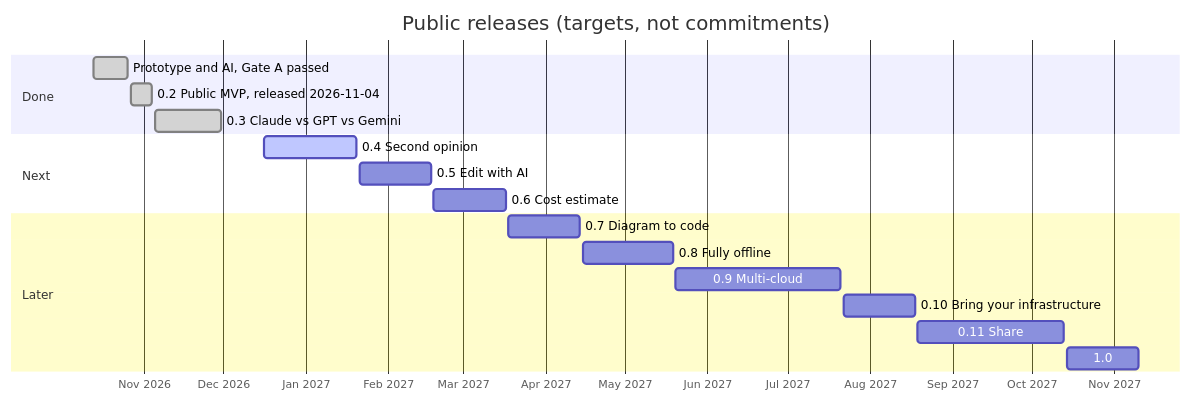
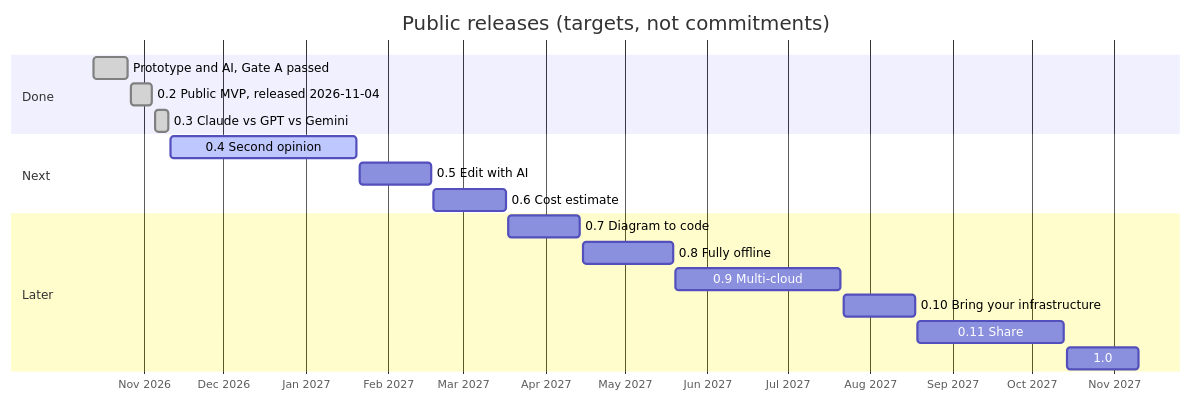
The diagram in docs/product/roadmap.md (aliaksandr-liapin/cloudarchitect-lite), drawn with Mermaid before and after one commit. The commit also changed other lines of this file and 3 other files, not shown here.

````diff
--- a/docs/product/roadmap.md
+++ b/docs/product/roadmap.md
@@ -22,22 +22,22 @@
 ```mermaid
 gantt
     title Public releases (targets, not commitments)
     dateFormat YYYY-MM-DD
     axisFormat %b %Y
     tickInterval 1month
     section Done
     Prototype and AI, Gate A passed      :done,   p02, 2026-10-13, 2026-10-26
     0.2 Public MVP, released 2026-11-04  :done,   r02, 2026-10-27, 2026-11-04
-    0.3 Claude vs GPT vs Gemini          :done,   r03, 2026-11-05, 2026-11-30
+    0.3 Claude vs GPT vs Gemini          :done,   r03, 2026-11-05, 2026-11-10
     section Next
-    0.4 Second opinion                   :active, r04, 2026-12-16, 2027-01-20
+    0.4 Second opinion                   :active, r04, 2026-11-11, 2027-01-20
     0.5 Edit with AI                     :        r05, 2027-01-21, 2027-02-17
     0.6 Cost estimate                    :        r06, 2027-02-18, 2027-03-17
     section Later
     0.7 Diagram to code                  :        r07, 2027-03-18, 2027-04-14
     0.8 Fully offline                    :        r08, 2027-04-15, 2027-05-19
     0.9 Multi-cloud                      :        r09, 2027-05-20, 2027-07-21
     0.10 Bring your infrastructure       :        r10, 2027-07-22, 2027-08-18
     0.11 Share                           :        r11, 2027-08-19, 2027-10-13
     1.0                                  :        r1,  2027-10-14, 2027-11-10
 ```
````
